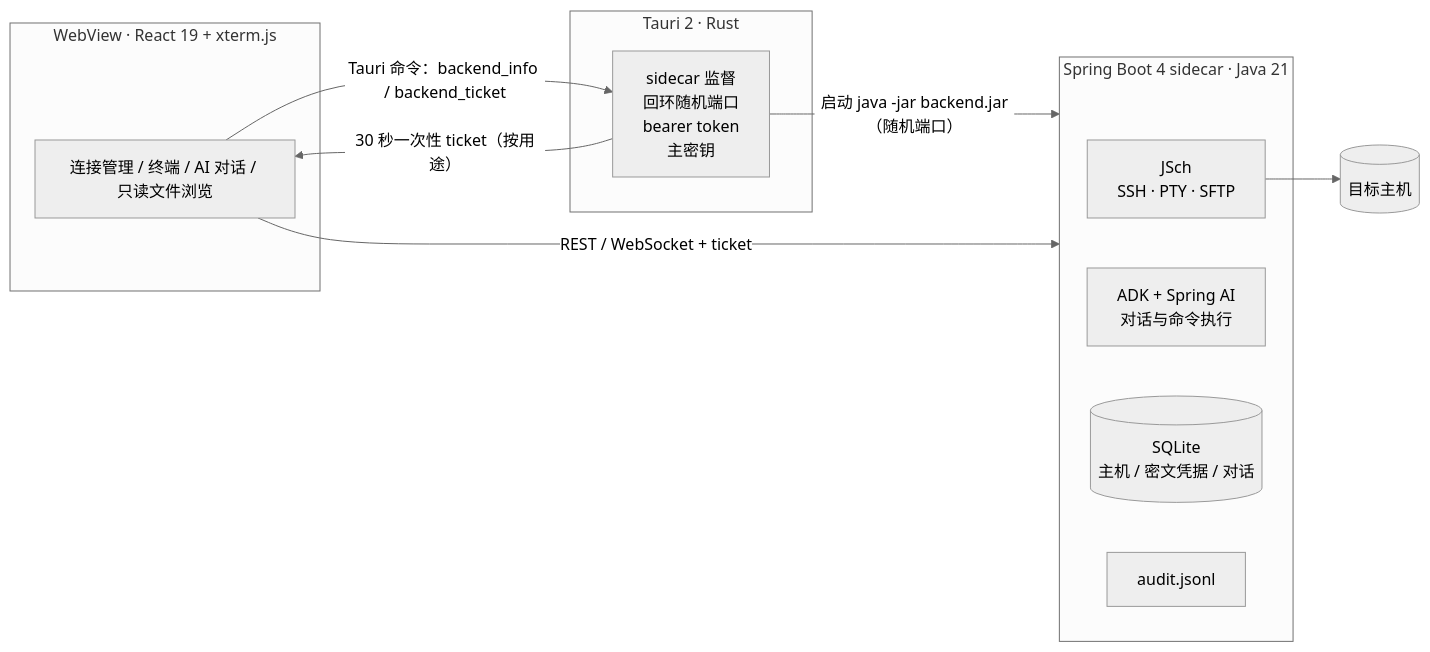
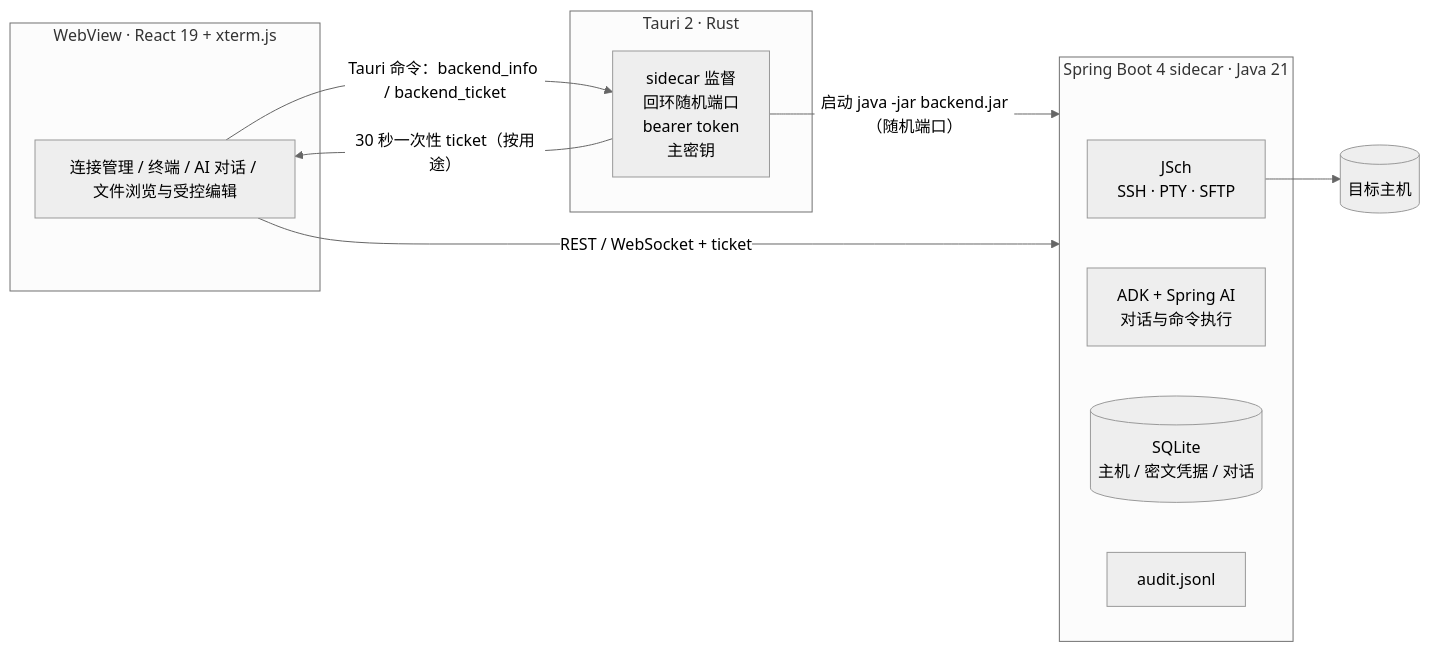
One commit to shengpj/aiShell changed the diagram in README.md. Above: the diagram before and after it, drawn with Mermaid (neutral theme). The commit also changed other lines of this file and 9 other files, not shown here.

````diff
--- a/README.md
+++ b/README.md
@@ -46,22 +46,22 @@
 ```mermaid
 flowchart LR
   subgraph W[WebView · React 19 + xterm.js]
-    UI["连接管理 / 终端 / AI 对话 / 只读文件浏览"]
+    UI["连接管理 / 终端 / AI 对话 / 文件浏览与受控编辑"]
   end
   subgraph R[Tauri 2 · Rust]
     S["sidecar 监督<br/>回环随机端口<br/>bearer token<br/>主密钥"]
   end
   subgraph B[Spring Boot 4 sidecar · Java 21]
     SSH["JSch<br/>SSH · PTY · SFTP"]
     AI["ADK + Spring AI<br/>对话与命令执行"]
     DB[("SQLite<br/>主机 / 密文凭据 / 对话")]
     AUD["audit.jsonl"]
   end
   Target[("目标主机")]
 
   UI -- "Tauri 命令：backend_info / backend_ticket" --> S
   S -- "30 秒一次性 ticket（按用途）" --> UI
   S -- "启动 java -jar backend.jar（随机端口）" --> B
   UI -- "REST / WebSocket + ticket" --> B
   SSH --> Target
 ```
````
